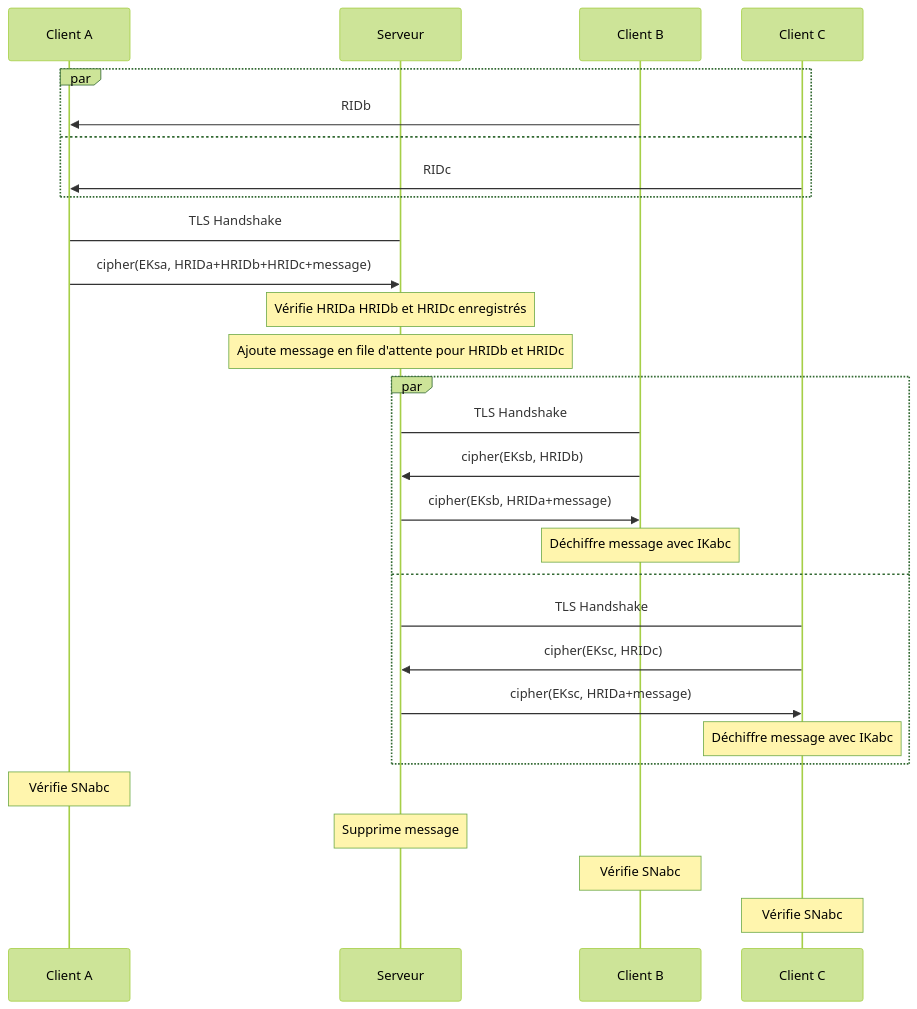
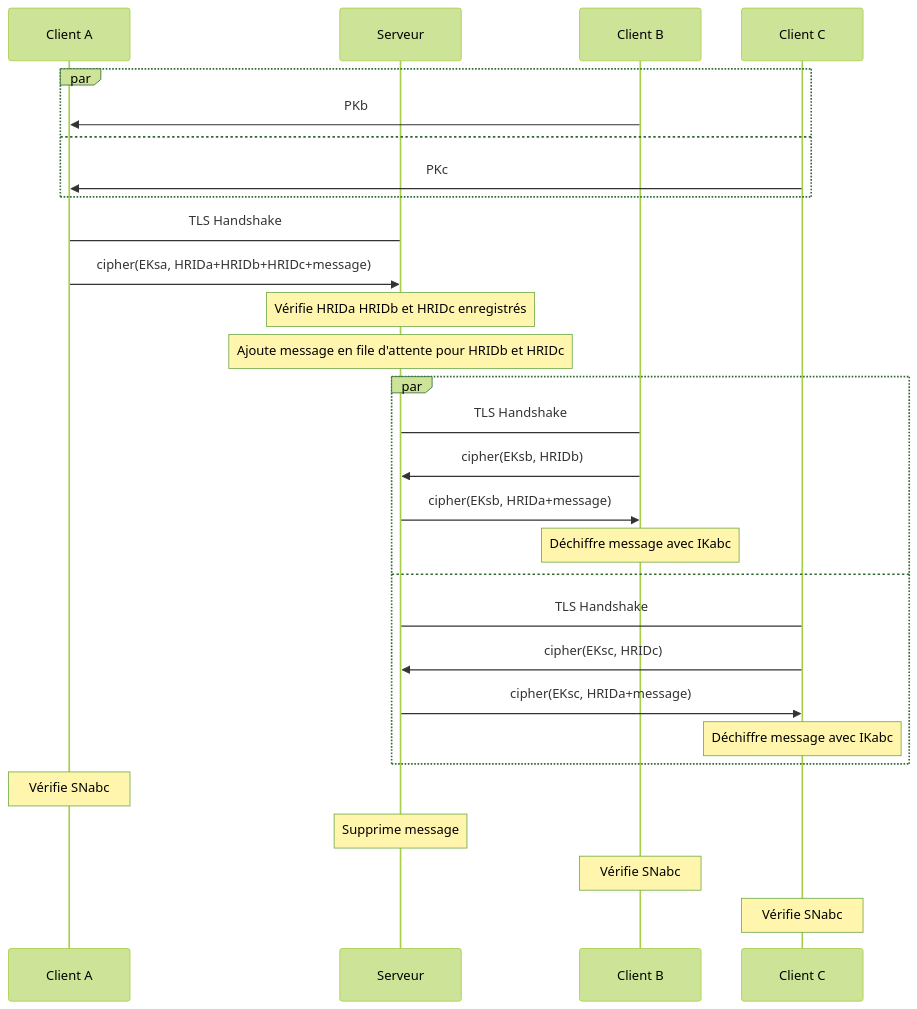
Before and after one commit to Relex12/Decentralized-Password-Manager: the second of 3 diagrams in readme/04-FR-implementation.md, drawn with Mermaid (forest theme). The commit also changed other lines of this file, not shown here.

````diff
--- a/readme/04-FR-implementation.md
+++ b/readme/04-FR-implementation.md
@@ -71,31 +71,31 @@
 ```mermaid
 sequenceDiagram
     participant A as Client A
     participant S as Serveur
     participant B as Client B
     participant C as Client C
     par
-    B ->> A: RIDb
+    B ->> A: PKb
     and
-    C ->> A: RIDc
+    C ->> A: PKc
     end
     A -> S: TLS Handshake
     A ->> S: cipher(EKsa, HRIDa+HRIDb+HRIDc+message)
     Note over S: Vérifie HRIDa HRIDb et HRIDc enregistrés
     Note over S: Ajoute message en file d'attente pour HRIDb et HRIDc
     par
     B -> S: TLS Handshake
     B ->> S: cipher(EKsb, HRIDb)
     S ->> B: cipher(EKsb, HRIDa+message)
     Note over B: Déchiffre message avec IKabc
     and
     C -> S: TLS Handshake
     C ->> S: cipher(EKsc, HRIDc)
     S ->> C: cipher(EKsc, HRIDa+message)
     Note over C: Déchiffre message avec IKabc
     end
     Note over A: Vérifie SNabc
     Note over S: Supprime message
     Note over B: Vérifie SNabc
     Note over C: Vérifie SNabc
 ```
````
